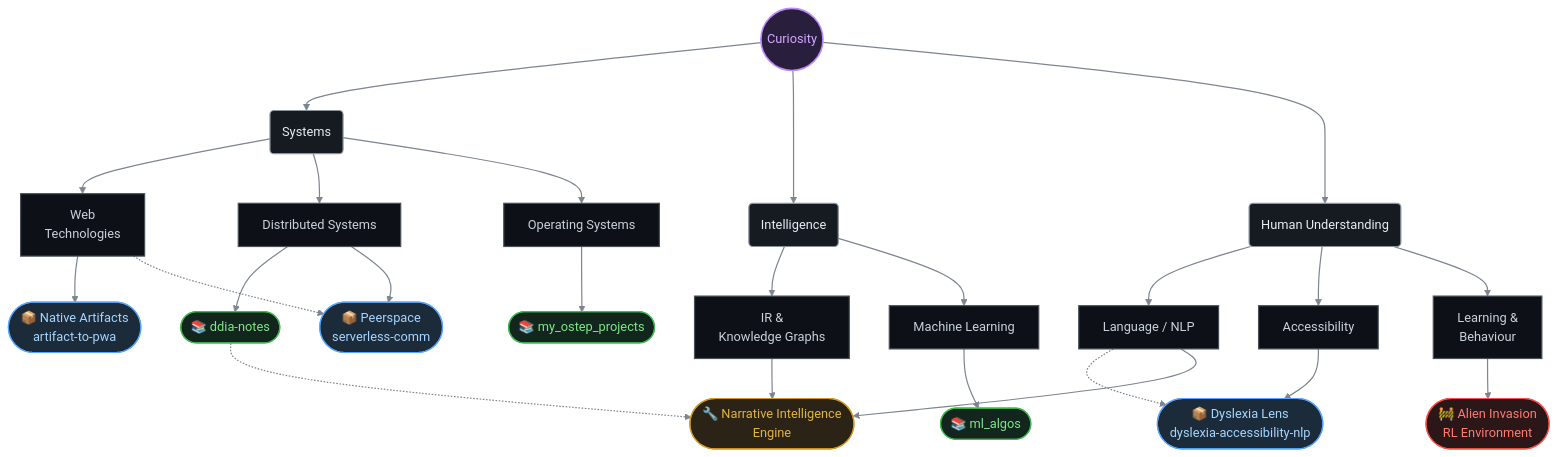
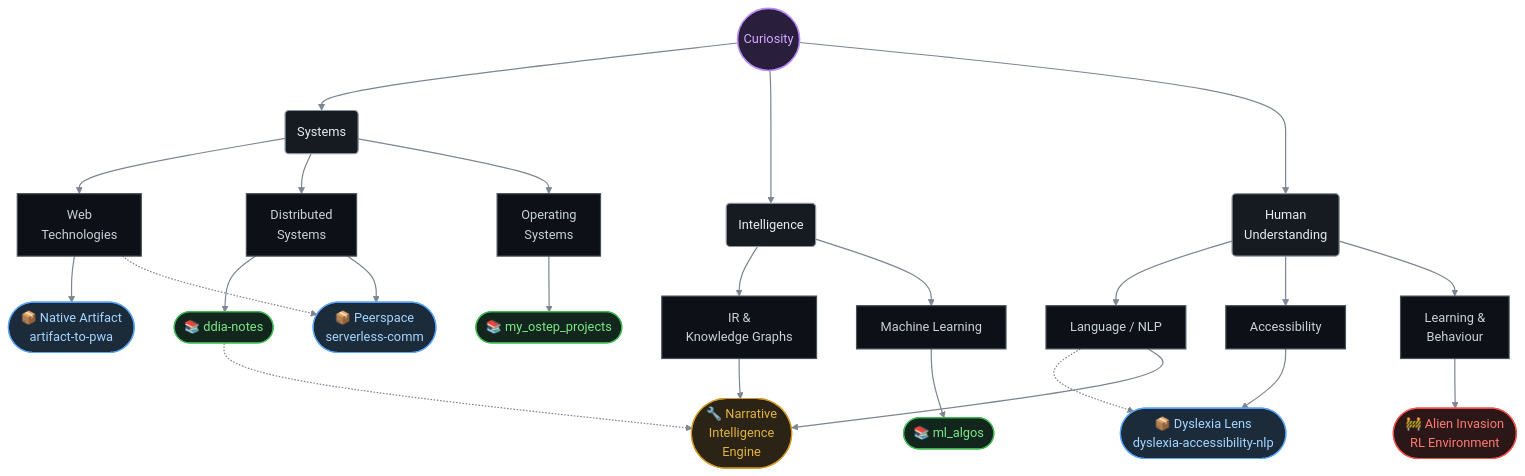
Before and after one commit to Baaqar-007/Baaqar-007: the diagram in README.md, drawn with Mermaid.

Commit message:
Fix line breaks in README.md links

````diff
--- a/README.md
+++ b/README.md
@@ -5,55 +5,55 @@
 ```mermaid
 %%{init: {"layout":"dagre","look":"classic","theme":"base","themeVariables":{"primaryColor":"#21262d","primaryTextColor":"#e6edf3","primaryBorderColor":"#8b949e","lineColor":"#7d8590","fontFamily":"ui-sans-serif, -apple-system, 'Segoe UI', sans-serif","fontSize":"14px","edgeLabelBackground":"#0d1117"},"flowchart":{"curve":"linear","nodeSpacing":30,"rankSpacing":45}}}%%
 flowchart TD
     ME((Curiosity))
 
     ME --> SYS(Systems)
     ME --> INT(Intelligence)
-    ME --> HUM(Human Understanding)
+    ME --> HUM(Human<br>Understanding)
 
     SYS --> WEB[Web<br>Technologies]
-    SYS --> DIST[Distributed Systems]
-    SYS --> OS[Operating Systems]
+    SYS --> DIST[Distributed<br>Systems]
+    SYS --> OS[Operating<br>Systems]
 
     INT --> IR[IR & <br>Knowledge Graphs]
     INT --> ML[Machine Learning]
 
     HUM --> NLP[Language / NLP]
     HUM --> ACC[Accessibility]
     HUM --> RL[Learning & <br>Behaviour]
 
     OS --> OSTEP([📚 my_ostep_projects])
     ML --> ALGOS([📚 ml_algos])
     DIST --> DDIA([📚 ddia-notes])
 
-    WEB --> ATP([📦 Native Artifacts<br>artifact-to-pwa])
+    WEB --> ATP([📦 Native Artifact<br>artifact-to-pwa])
     DIST --> COMM([📦 Peerspace<br>serverless-comm])
     WEB -.-> COMM
 
     ACC --> DYS([📦 Dyslexia Lens<br>dyslexia-accessibility-nlp])
     NLP -.-> DYS
 
-    IR --> NIE([🔧 Narrative Intelligence<br>Engine])
+    IR --> NIE([🔧 Narrative<br>Intelligence<br>Engine])
     NLP --> NIE
     DDIA -.-> NIE
 
     RL --> ALIEN([🚧 Alien Invasion<br>RL Environment])
 
     classDef root fill:#2a1e3d,stroke:#bc8cff,stroke-width:2px,color:#d2a8ff
     classDef branch fill:#161b22,stroke:#8b949e,stroke-width:1.5px,color:#e6edf3
     classDef leaf fill:#0d1117,stroke:#484f58,stroke-width:1.5px,color:#c9d1d9
     classDef learn fill:#12261e,stroke:#3fb950,stroke-width:1.5px,color:#7ee787
     classDef project fill:#1c2b3a,stroke:#58a6ff,stroke-width:1.5px,color:#a5d6ff
     classDef tool fill:#2b2416,stroke:#d29922,stroke-width:1.5px,color:#e3b341
     classDef wip fill:#2b1618,stroke:#f85149,stroke-width:1.5px,color:#ff7b72
 
     class ME root
     class SYS,INT,HUM branch
     class WEB,DIST,OS,IR,ML,NLP,ACC,RL leaf
     class OSTEP,ALGOS,DDIA learn
     class ATP,COMM,DYS project
     class NIE tool
     class ALIEN wip
 
     linkStyle default stroke:#7d8590,stroke-width:1.5px
 ```
````
